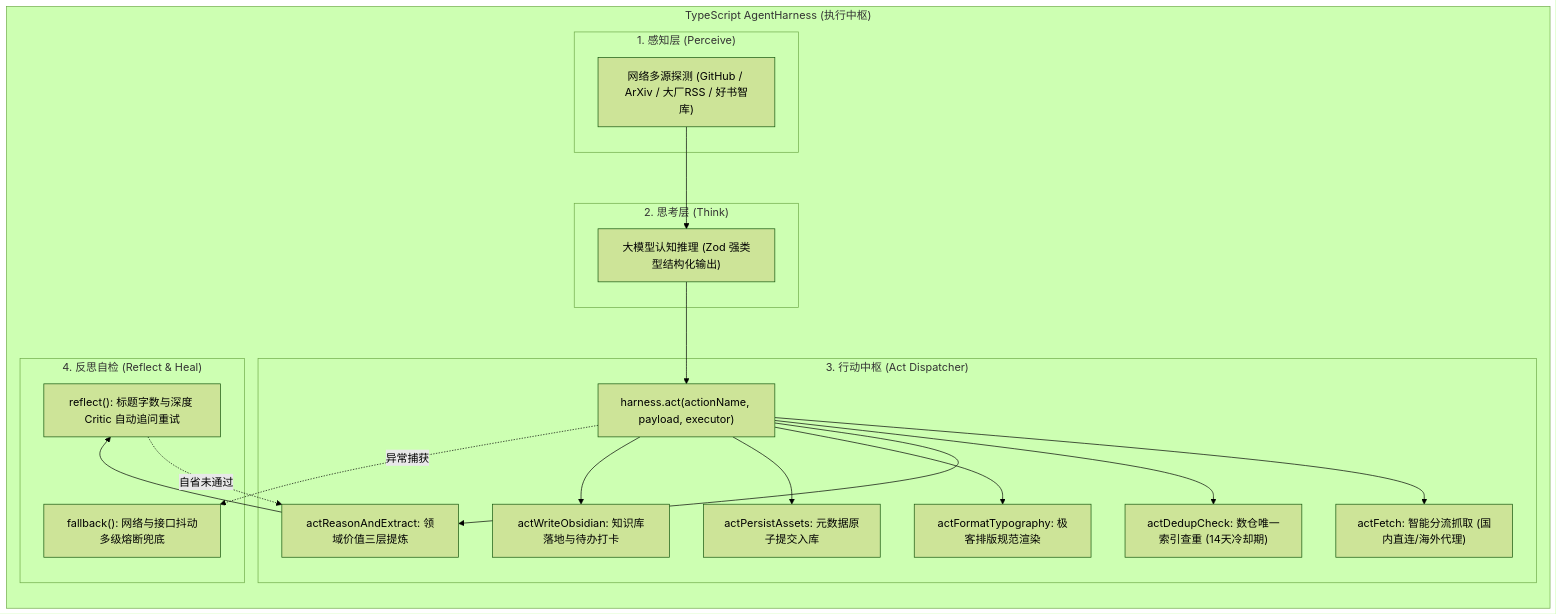
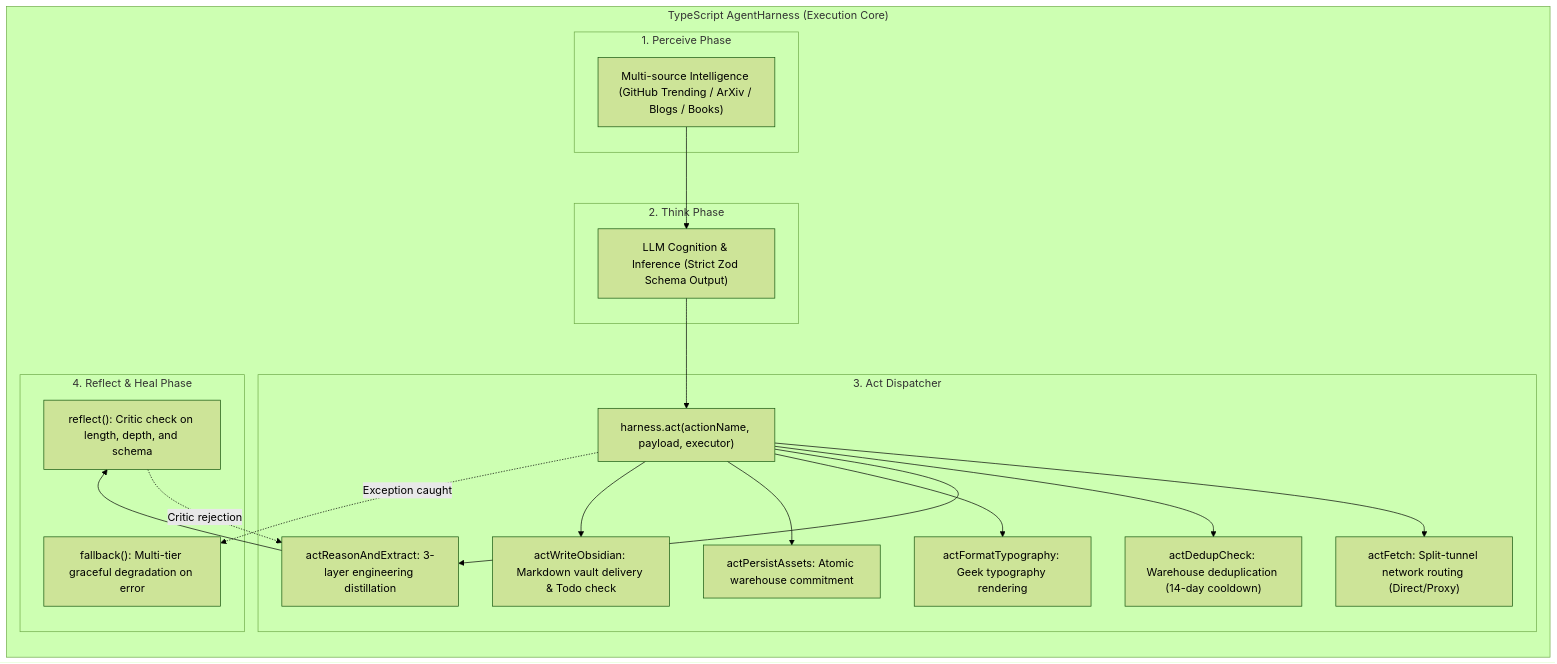
The diagram in README.md (dora-exploreLab/tech-radar-agent), drawn with Mermaid (forest theme) before and after one commit. The commit also changed other lines of this file and 11 other files, not shown here.

````diff
--- a/README.md
+++ b/README.md
@@ -17,32 +46,32 @@
 ```mermaid
 flowchart TD
-    subgraph AgentHarness["TypeScript AgentHarness (执行中枢)"]
+    subgraph AgentHarness["TypeScript AgentHarness (Execution Core)"]
         direction TB
-        subgraph PerceivePhase["1. 感知层 (Perceive)"]
-            P1["网络多源探测 (GitHub / ArXiv / 大厂RSS / 好书智库)"]
+        subgraph PerceivePhase["1. Perceive Phase"]
+            P1["Multi-source Intelligence (GitHub Trending / ArXiv / Blogs / Books)"]
         end
-        subgraph ThinkPhase["2. 思考层 (Think)"]
-            T1["大模型认知推理 (Zod 强类型结构化输出)"]
+        subgraph ThinkPhase["2. Think Phase"]
+            T1["LLM Cognition & Inference (Strict Zod Schema Output)"]
         end
-        subgraph ActPhase["3. 行动中枢 (Act Dispatcher)"]
+        subgraph ActPhase["3. Act Dispatcher"]
             A0["harness.act(actionName, payload, executor)"]
-            A1["actFetch: 智能分流抓取 (国内直连/海外代理)"]
-            A2["actDedupCheck: 数仓唯一索引查重 (14天冷却期)"]
-            A3["actReasonAndExtract: 领域价值三层提炼"]
-            A4["actFormatTypography: 极客排版规范渲染"]
-            A5["actPersistAssets: 元数据原子提交入库"]
-            A6["actWriteObsidian: 知识库落地与待办打卡"]
+            A1["actFetch: Split-tunnel network routing (Direct/Proxy)"]
+            A2["actDedupCheck: Warehouse deduplication (14-day cooldown)"]
+            A3["actReasonAndExtract: 3-layer engineering distillation"]
+            A4["actFormatTypography: Geek typography rendering"]
+            A5["actPersistAssets: Atomic warehouse commitment"]
+            A6["actWriteObsidian: Markdown vault delivery & Todo check"]
         end
-        subgraph ReflectPhase["4. 反思自检 (Reflect & Heal)"]
-            R1["reflect(): 标题字数与深度 Critic 自动追问重试"]
-            R2["fallback(): 网络与接口抖动多级熔断兜底"]
+        subgraph ReflectPhase["4. Reflect & Heal Phase"]
+            R1["reflect(): Critic check on length, depth, and schema"]
+            R2["fallback(): Multi-tier graceful degradation on error"]
         end
     end
     
     P1 --> T1
     T1 --> A0
     A0 --> A1 & A2 & A3 & A4 & A5 & A6
     A3 --> R1
-    R1 -.->|自省未通过| A3
-    A0 -.->|异常捕获| R2
+    R1 -.->|Critic rejection| A3
+    A0 -.->|Exception caught| R2
 ```
````
